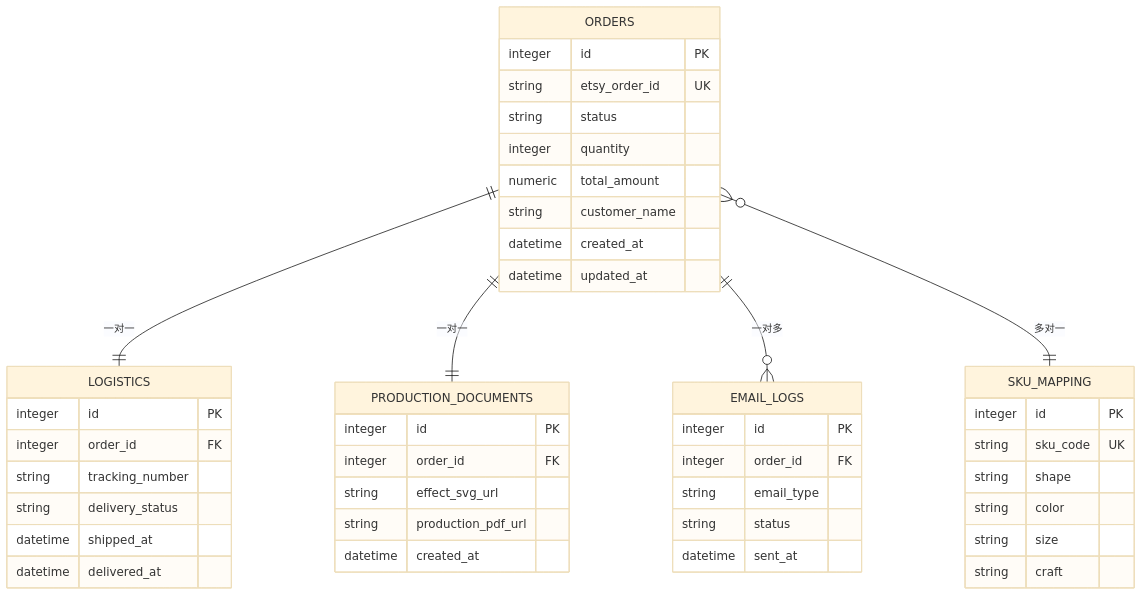
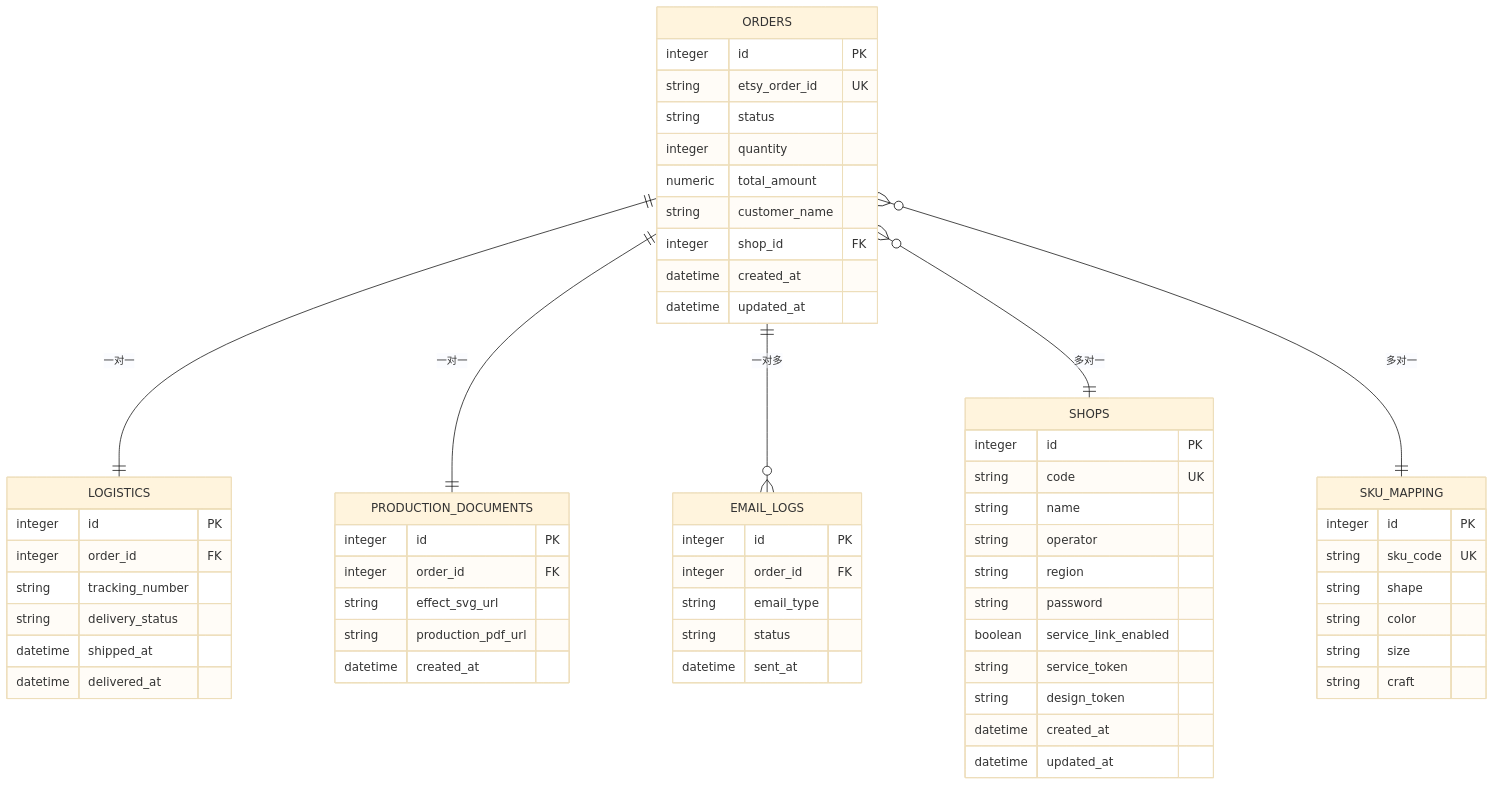
Before and after one commit to SY6621/POD-Order-Management: the sixth of 11 diagrams in .qoder/repowiki/zh/content/开发指南/订单处理工作流增强.md, drawn with Mermaid (base theme). The commit also changed other lines of this file and 16 other files, not shown here.

````diff
--- a/.qoder/repowiki/zh/content/开发指南/订单处理工作流增强.md
+++ b/.qoder/repowiki/zh/content/开发指南/订单处理工作流增强.md
@@ -279,47 +325,62 @@
 ```mermaid
 erDiagram
 ORDERS {
 integer id PK
 string etsy_order_id UK
 string status
 integer quantity
 numeric total_amount
 string customer_name
+integer shop_id FK
+datetime created_at
+datetime updated_at
+}
+SHOPS {
+integer id PK
+string code UK
+string name
+string operator
+string region
+string password
+boolean service_link_enabled
+string service_token
+string design_token
 datetime created_at
 datetime updated_at
 }
 LOGISTICS {
 integer id PK
 integer order_id FK
 string tracking_number
 string delivery_status
 datetime shipped_at
 datetime delivered_at
 }
 PRODUCTION_DOCUMENTS {
 integer id PK
 integer order_id FK
 string effect_svg_url
 string production_pdf_url
 datetime created_at
 }
 EMAIL_LOGS {
 integer id PK
 integer order_id FK
 string email_type
 string status
 datetime sent_at
 }
 SKU_MAPPING {
 integer id PK
 string sku_code UK
 string shape
 string color
 string size
 string craft
 }
 ORDERS ||--|| LOGISTICS : "一对一"
 ORDERS ||--|| PRODUCTION_DOCUMENTS : "一对一"
 ORDERS ||--o{ EMAIL_LOGS : "一对多"
+ORDERS }o--|| SHOPS : "多对一"
 ORDERS }o--|| SKU_MAPPING : "多对一"
 ```
````
